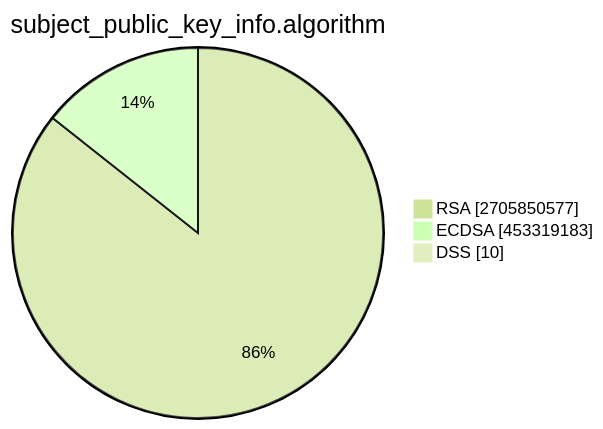
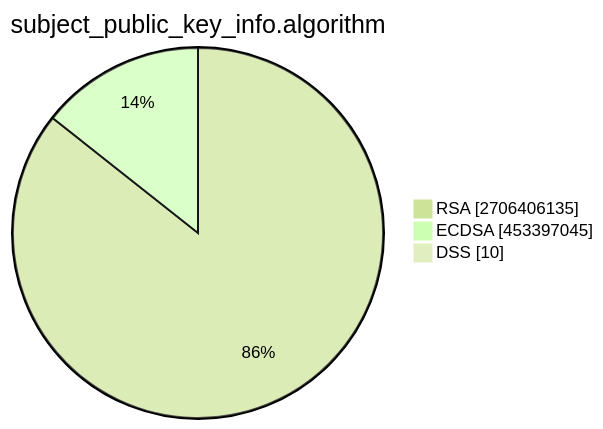
Before and after one commit to christiankrug/ctmonitor_visualization: the second of 15 diagrams in TOTAL/README.md, drawn with Mermaid (forest theme). The commit also changed other lines of this file, not shown here.

````diff
--- a/TOTAL/README.md
+++ b/TOTAL/README.md
@@ -6,7 +6,7 @@
 ```mermaid
 pie showData
 title subject_public_key_info.algorithm
-"RSA" :2705850577
-"ECDSA" :453319183
+"RSA" :2706406135
+"ECDSA" :453397045
 "DSS" :10
 ```
````
